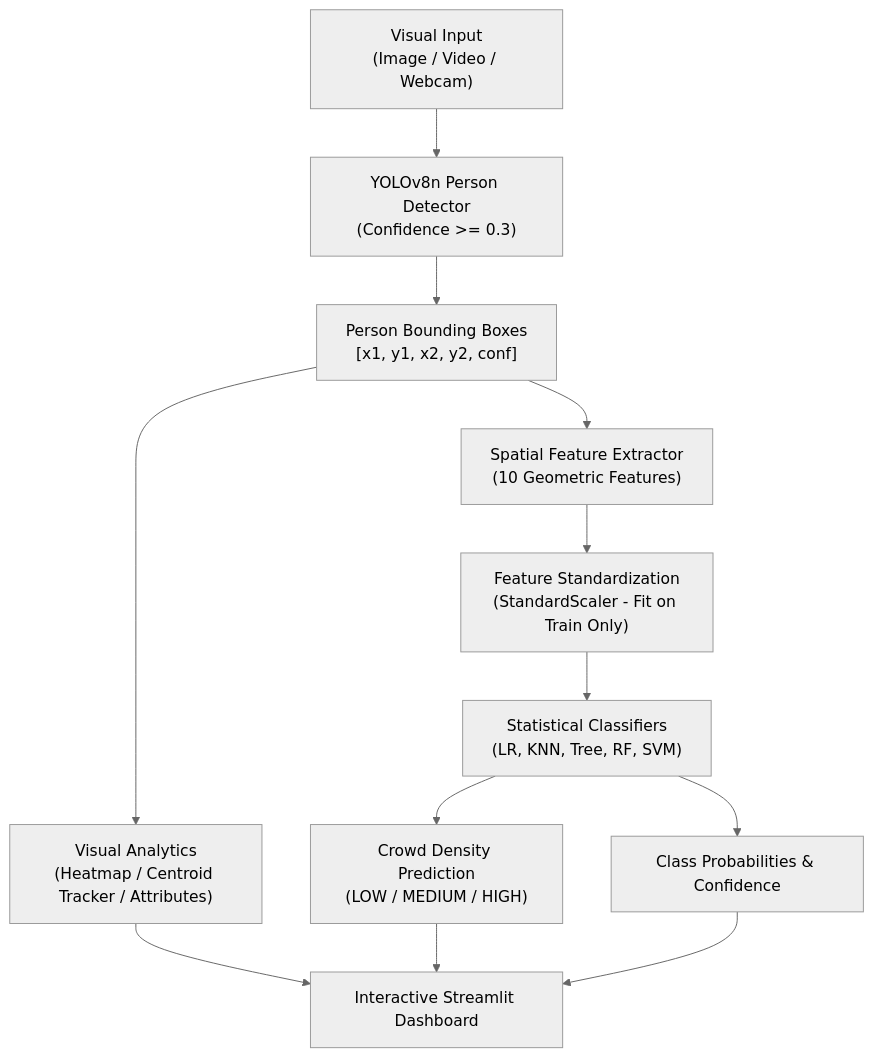
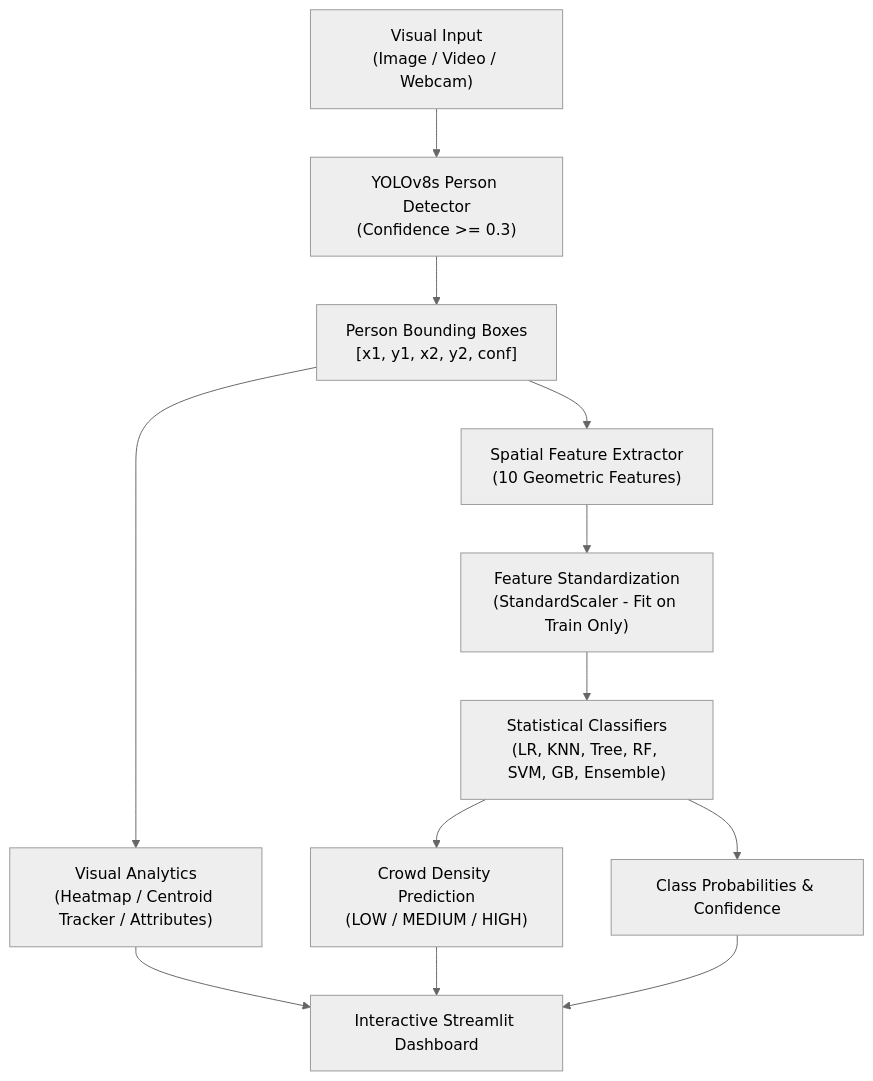
One commit to ivin-baiju/Visionlytics changed the diagram in README.md. Above: the diagram before and after it, drawn with Mermaid (neutral theme). The commit also changed other lines of this file and 29 other files, not shown here.

````diff
--- a/README.md
+++ b/README.md
@@ -58,18 +60,18 @@
 ```mermaid
 graph TD
-    A["Visual Input<br/>(Image / Video / Webcam)"] --> B["YOLOv8n Person Detector<br/>(Confidence >= 0.3)"]
+    A["Visual Input<br/>(Image / Video / Webcam)"] --> B["YOLOv8s Person Detector<br/>(Confidence >= 0.3)"]
     B --> C["Person Bounding Boxes<br/>[x1, y1, x2, y2, conf]"]
     
     C --> D["Spatial Feature Extractor<br/>(10 Geometric Features)"]
     C --> E["Visual Analytics<br/>(Heatmap / Centroid Tracker / Attributes)"]
     
     D --> F["Feature Standardization<br/>(StandardScaler - Fit on Train Only)"]
-    F --> G["Statistical Classifiers<br/>(LR, KNN, Tree, RF, SVM)"]
+    F --> G["Statistical Classifiers<br/>(LR, KNN, Tree, RF, SVM, GB, Ensemble)"]
     
     G --> H["Crowd Density Prediction<br/>(LOW / MEDIUM / HIGH)"]
     G --> I["Class Probabilities & Confidence"]
     
     E --> J["Interactive Streamlit Dashboard"]
     H --> J
     I --> J
 ```
````
